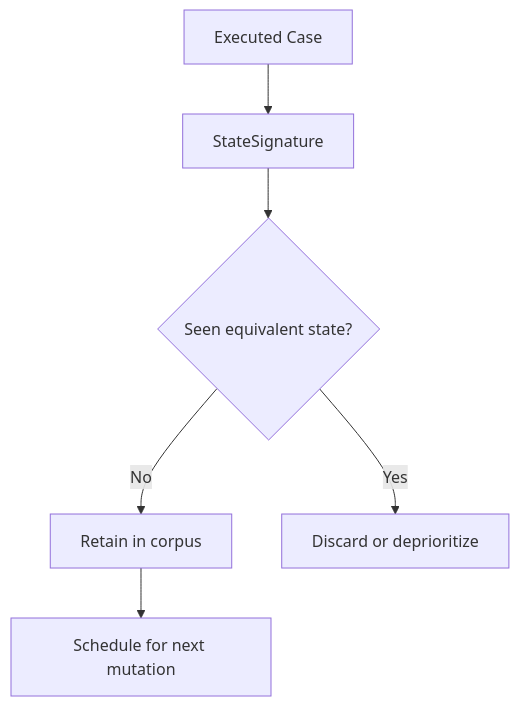
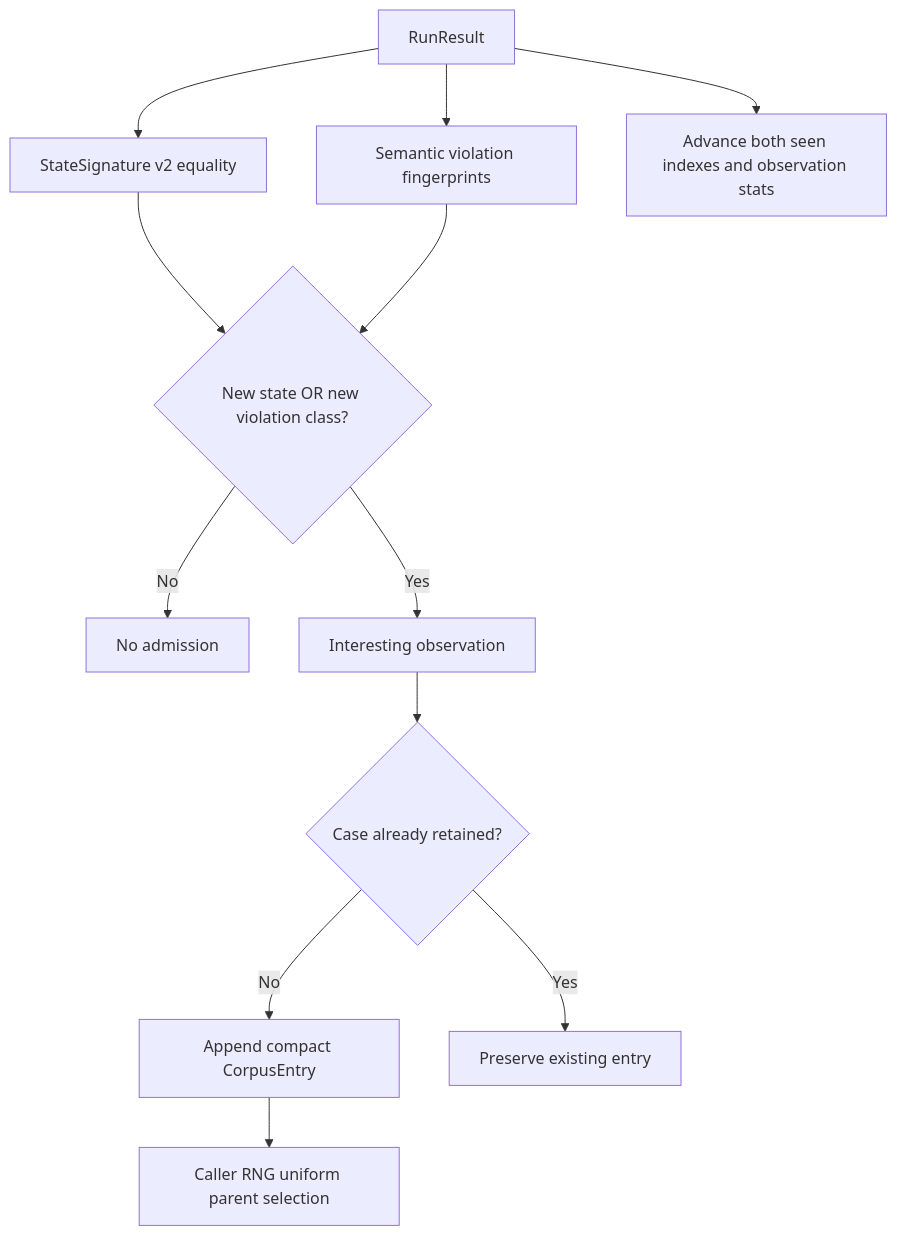
The sixth of 10 diagrams in docs/research/design/architecture.md (TheWaitForAGI/InodeFence), drawn with Mermaid before and after one commit. The commit also changed other lines of this file and 7 other files, not shown here.

```diff
--- a/docs/research/design/architecture.md
+++ b/docs/research/design/architecture.md
@@ -902,8 +930,14 @@
 ~~~mermaid
 flowchart TD
-    R["Executed Case"] --> S["StateSignature"]
-    S --> K{"Seen equivalent state?"}
-    K -->|No| C["Retain in corpus"]
-    K -->|Yes| D["Discard or deprioritize"]
-    C --> M["Schedule for next mutation"]
+    R["RunResult"] --> S["StateSignature v2 equality"]
+    R --> V["Semantic violation fingerprints"]
+    S --> N{"New state OR new violation class?"}
+    V --> N
+    N -->|No| D["No admission"]
+    N -->|Yes| I["Interesting observation"]
+    I --> K{"Case already retained?"}
+    K -->|No| C["Append compact CorpusEntry"]
+    K -->|Yes| A["Preserve existing entry"]
+    R --> U["Advance both seen indexes and observation stats"]
+    C --> M["Caller RNG uniform parent selection"]
 ~~~
```
